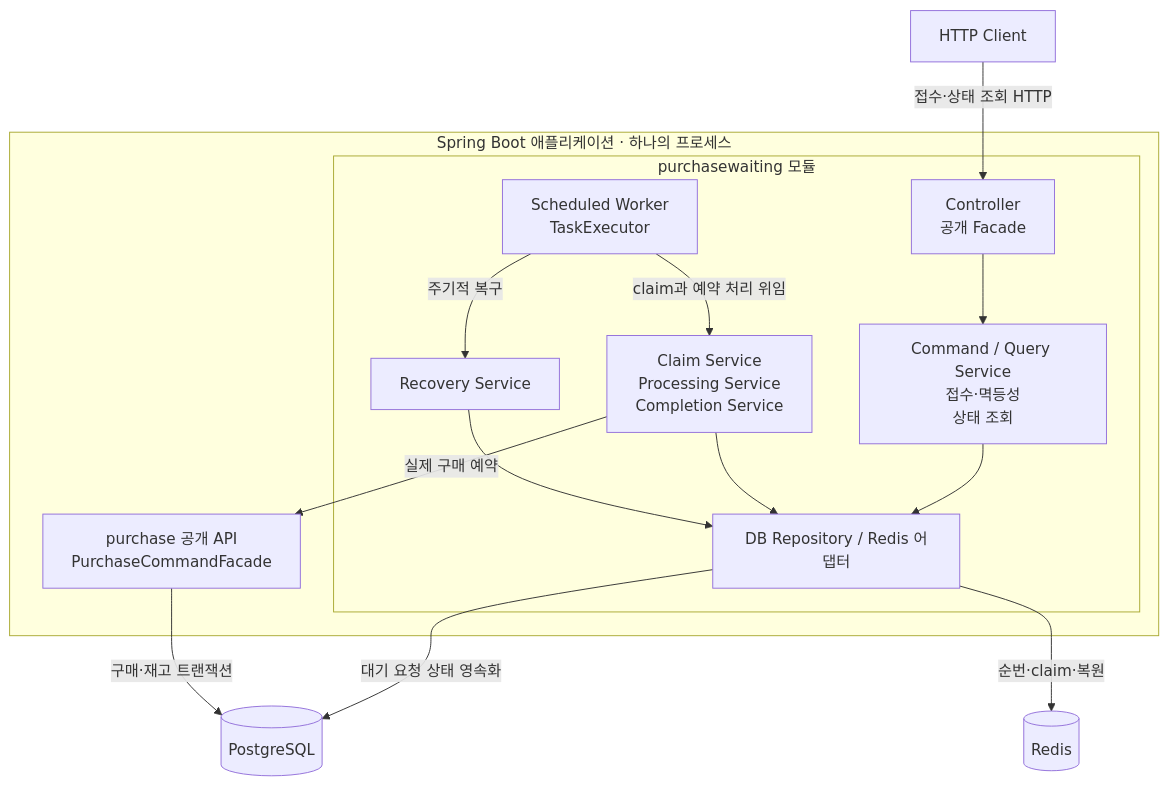
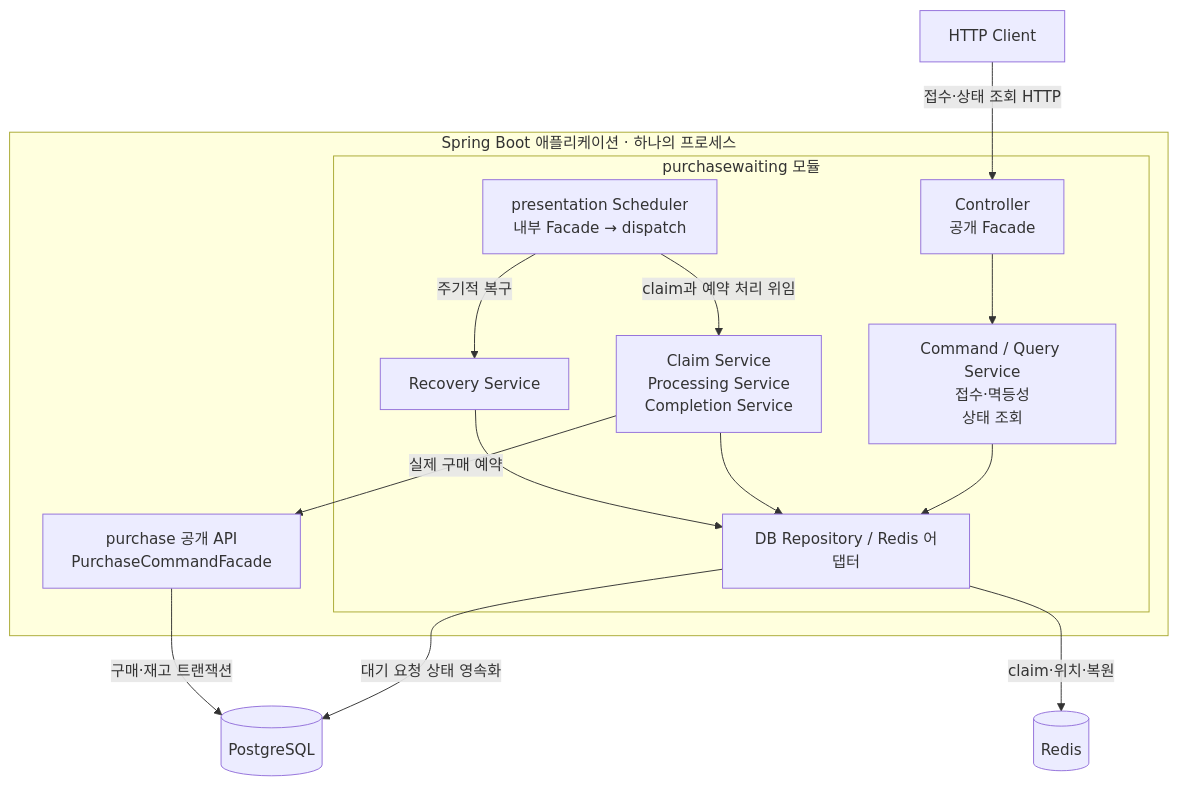
Before and after one commit to DevelopHeon/limited-ticketing: the diagram in docs/architecture/purchase-waiting.md, drawn with Mermaid. The commit also changed other lines of this file and 73 other files, not shown here.

````diff
--- a/docs/architecture/purchase-waiting.md
+++ b/docs/architecture/purchase-waiting.md
@@ -102,28 +29,28 @@
 ```mermaid
 flowchart TB
     client["HTTP Client"]
     subgraph app["Spring Boot 애플리케이션 · 하나의 프로세스"]
         subgraph waiting["purchasewaiting 모듈"]
             http["Controller<br/>공개 Facade"]
             command["Command / Query Service<br/>접수·멱등성<br/>상태 조회"]
-            worker["Scheduled Worker<br/>TaskExecutor"]
+            worker["presentation Scheduler<br/>내부 Facade → dispatch"]
             process["Claim Service<br/>Processing Service<br/>Completion Service"]
             recovery["Recovery Service"]
             adapters["DB Repository / Redis 어댑터"]
             http --> command
             command --> adapters
             worker -->|"claim과 예약 처리 위임"| process
             worker -->|"주기적 복구"| recovery
             process --> adapters
             recovery --> adapters
         end
         purchase["purchase 공개 API<br/>PurchaseCommandFacade"]
         process -->|"실제 구매 예약"| purchase
     end
     client -->|"접수·상태 조회 HTTP"| http
     db[("PostgreSQL")]
     redis[("Redis")]
     adapters -->|"대기 요청 상태 영속화"| db
-    adapters -->|"순번·claim·복원"| redis
+    adapters -->|"claim·위치·복원"| redis
     purchase -->|"구매·재고 트랜잭션"| db
 ```
````
